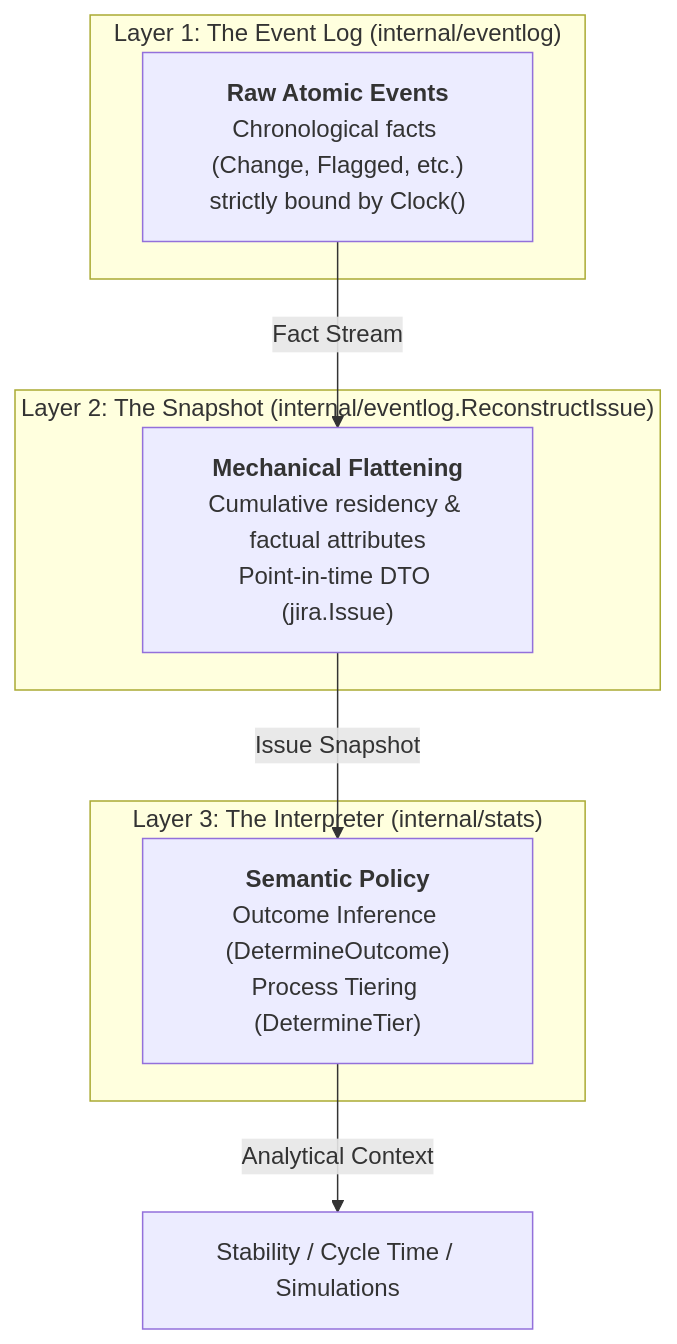
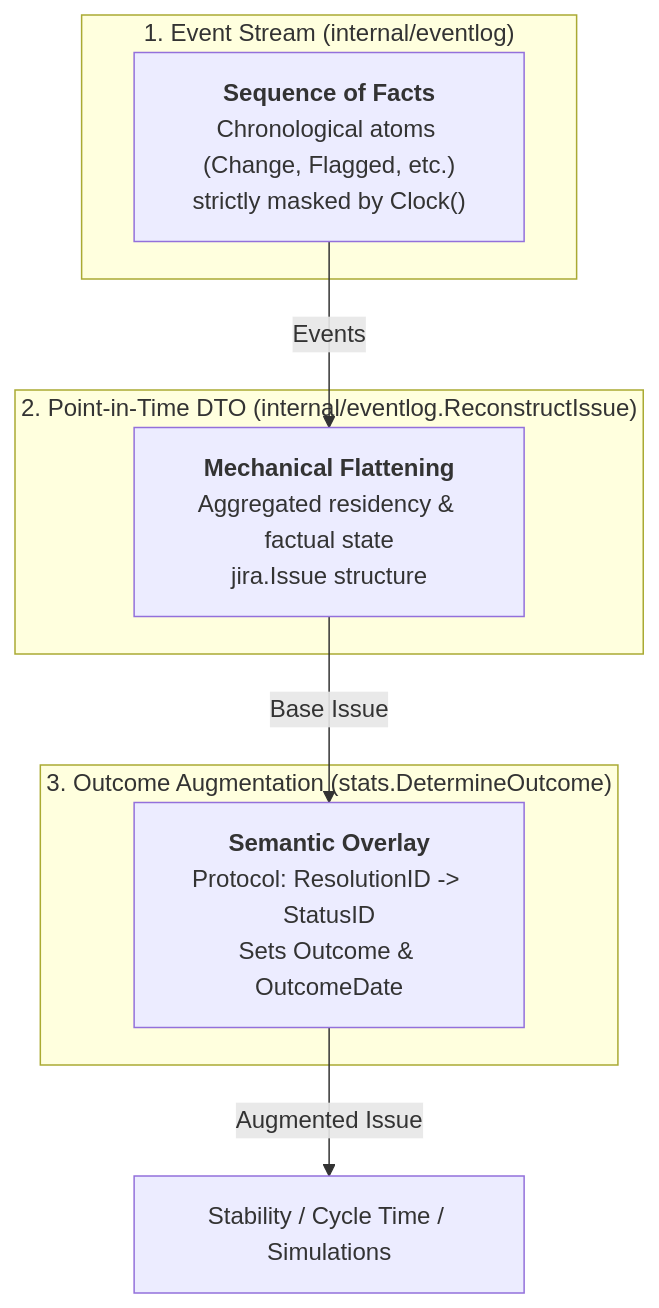
Before and after one commit to bbak/mcs-mcp: the second of 2 diagrams in docs/architecture.md, drawn with Mermaid. The commit also changed other lines of this file and 30 other files, not shown here.

First line of the commit message:
refactor: stabilize analytical pipeline with ID-first Outcome Protocol

````diff
--- a/docs/architecture.md
+++ b/docs/architecture.md
@@ -210,15 +215,15 @@
 ```mermaid
 graph TD
-    subgraph "Layer 1: The Event Log (internal/eventlog)"
-        L1["<b>Raw Atomic Events</b><br/>Chronological facts (Change, Flagged, etc.)<br/>strictly bound by Clock()"]
+    subgraph "1. Event Stream (internal/eventlog)"
+        L1["<b>Sequence of Facts</b><br/>Chronological atoms (Change, Flagged, etc.)<br/>strictly masked by Clock()"]
     end
-    subgraph "Layer 2: The Snapshot (internal/eventlog.ReconstructIssue)"
-        L2["<b>Mechanical Flattening</b><br/>Cumulative residency & factual attributes<br/>Point-in-time DTO (jira.Issue)"]
+    subgraph "2. Point-in-Time DTO (internal/eventlog.ReconstructIssue)"
+        L2["<b>Mechanical Flattening</b><br/>Aggregated residency & factual state<br/>jira.Issue structure"]
     end
-    subgraph "Layer 3: The Interpreter (internal/stats)"
-        L3["<b>Semantic Policy</b><br/>Outcome Inference (DetermineOutcome)<br/>Process Tiering (DetermineTier)"]
+    subgraph "3. Outcome Augmentation (stats.DetermineOutcome)"
+        L3["<b>Semantic Overlay</b><br/>Protocol: ResolutionID -> StatusID<br/>Sets Outcome & OutcomeDate"]
     end
-    L1 -->|Fact Stream| L2
-    L2 -->|Issue Snapshot| L3
-    L3 -->|Analytical Context| Analytics[Stability / Cycle Time / Simulations]
+    L1 -->|Events| L2
+    L2 -->|Base Issue| L3
+    L3 -->|Augmented Issue| Analytics[Stability / Cycle Time / Simulations]
 ```
````
